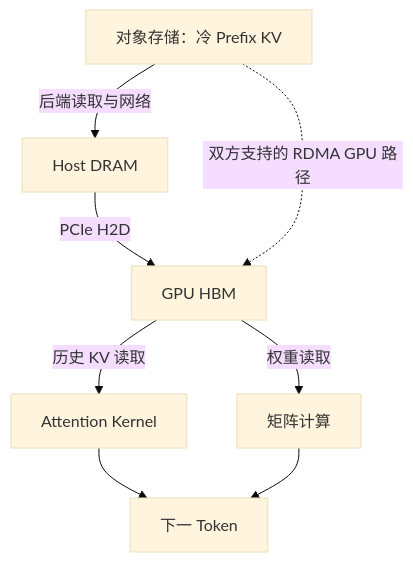
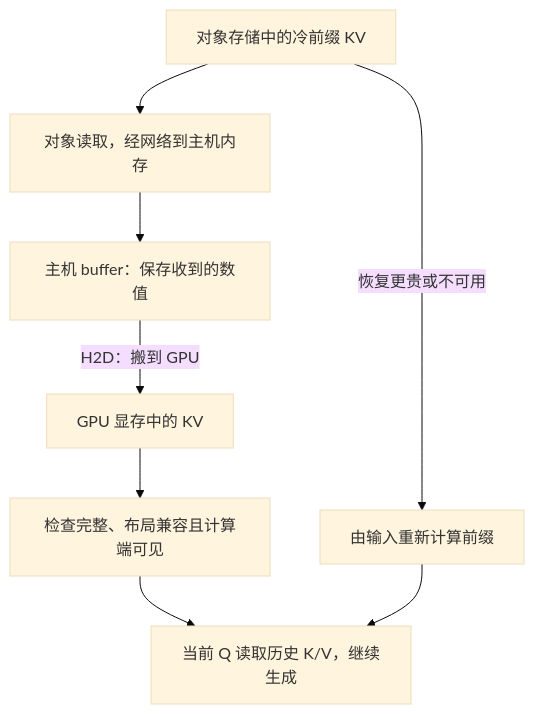
One commit to miauyle/ai-storage-notes changed the diagram in _docs/00d_GPU_Storage_Bridge.md. Above: the diagram before and after it, drawn with Mermaid (base theme). The commit also changed other lines of this file and 6 other files, not shown here.

````diff
--- a/_docs/00d_GPU_Storage_Bridge.md
+++ b/_docs/00d_GPU_Storage_Bridge.md
@@ -27,10 +73,10 @@
 ```mermaid
 flowchart TD
-    O["对象存储：冷 Prefix KV"] -->|后端读取与网络| H["Host DRAM"]
-    H -->|PCIe H2D| G["GPU HBM"]
-    O -.->|双方支持的 RDMA GPU 路径| G
-    G -->|历史 KV 读取| A["Attention Kernel"]
-    G -->|权重读取| M["矩阵计算"]
-    A --> N["下一 Token"]
-    M --> N
+    O["对象存储中的冷前缀 KV"] --> R["对象读取，经网络到主机内存"]
+    R --> H["主机 buffer：保存收到的数值"]
+    H -->|H2D：搬到 GPU| G["GPU 显存中的 KV"]
+    G --> V["检查完整、布局兼容且计算端可见"]
+    V --> A["当前 Q 读取历史 K/V，继续生成"]
+    O -->|恢复更贵或不可用| C["由输入重新计算前缀"]
+    C --> A
 ```
````
